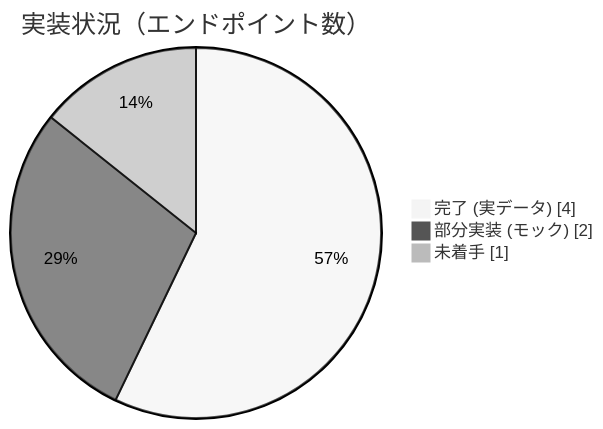
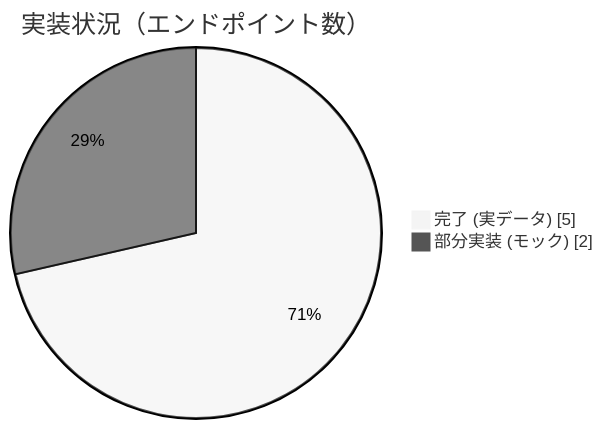
The first of 2 diagrams in docs/progress.md (2026ProjectResearchAR/campus-ar-api), drawn with Mermaid (neutral theme) before and after one commit. The commit also changed other lines of this file and 3 other files, not shown here.

````diff
--- a/docs/progress.md
+++ b/docs/progress.md
@@ -18,7 +18,6 @@
 ```mermaid
 pie showData
     title 実装状況（エンドポイント数）
-    "完了 (実データ)" : 4
+    "完了 (実データ)" : 5
     "部分実装 (モック)" : 2
-    "未着手" : 1
 ```
````
